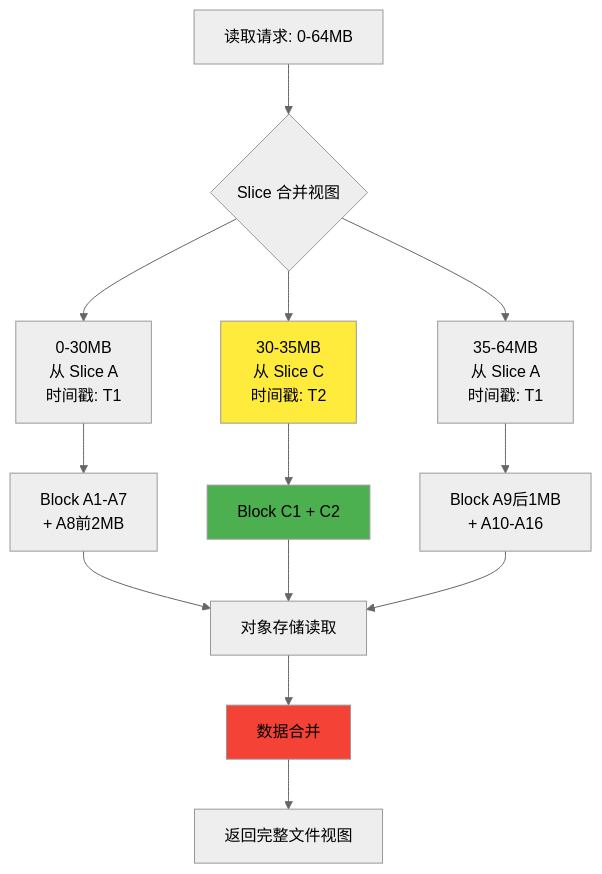
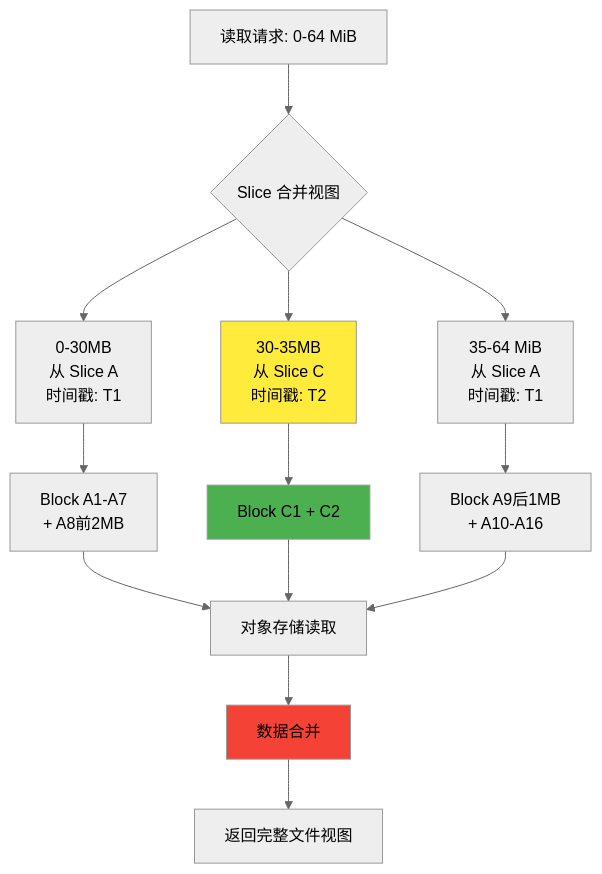
One commit to ForceInjection/AI-fundamentals changed the ninth of 12 diagrams in 04_cloud_native_ai_platform/storage/juicefs/01_juicefs_file_modification_mechanism_analysis.md. Above: the diagram before and after it, drawn with Mermaid (neutral theme). The commit also changed other lines of this file and 26 other files, not shown here.

````diff
--- a/04_cloud_native_ai_platform/storage/juicefs/01_juicefs_file_modification_mechanism_analysis.md
+++ b/04_cloud_native_ai_platform/storage/juicefs/01_juicefs_file_modification_mechanism_analysis.md
@@ -498,23 +473,23 @@
 ```mermaid
 graph TD
-    A[读取请求: 0-64MB] --> B{Slice 合并视图}
+    A[读取请求: 0-64 MiB] --> B{Slice 合并视图}
     
     B --> C[0-30MB<br/>从 Slice A<br/>时间戳: T1]
     B --> D[30-35MB<br/>从 Slice C<br/>时间戳: T2]
-    B --> E[35-64MB<br/>从 Slice A<br/>时间戳: T1]
+    B --> E[35-64 MiB<br/>从 Slice A<br/>时间戳: T1]
     
     C --> F[Block A1-A7<br/>+ A8前2MB]
     D --> G[Block C1 + C2]
     E --> H[Block A9后1MB<br/>+ A10-A16]
     
     F --> I[对象存储读取]
     G --> I
     H --> I
     
     I --> J[数据合并]
     J --> K[返回完整文件视图]
     
     style D fill:#ffeb3b
     style G fill:#4caf50
     style J fill:#f44336
 ```
````
